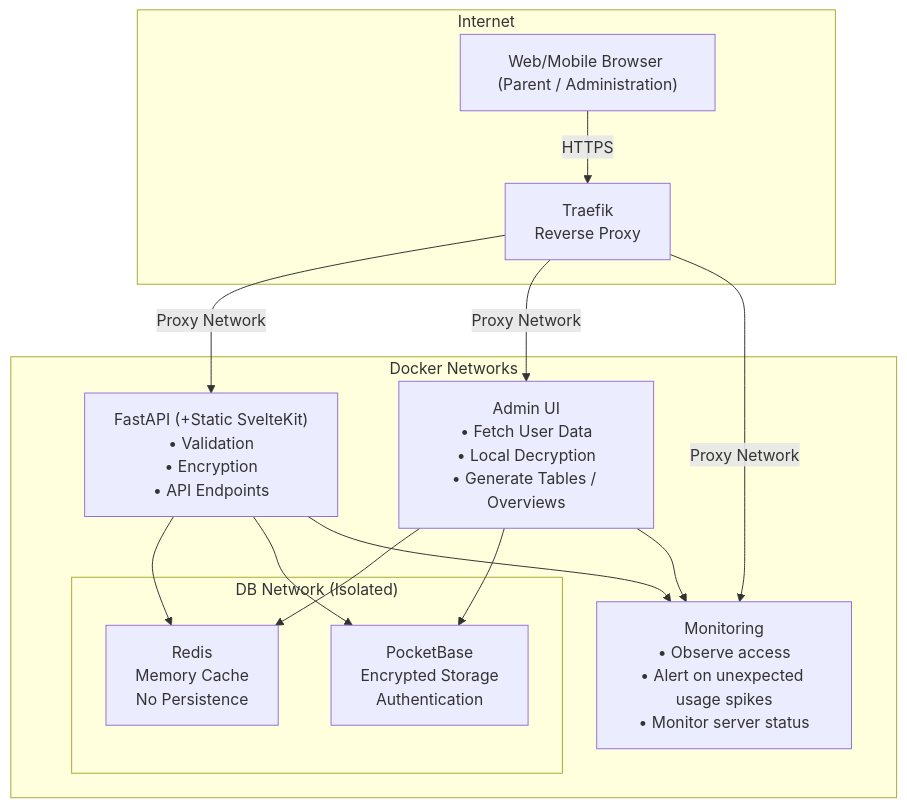
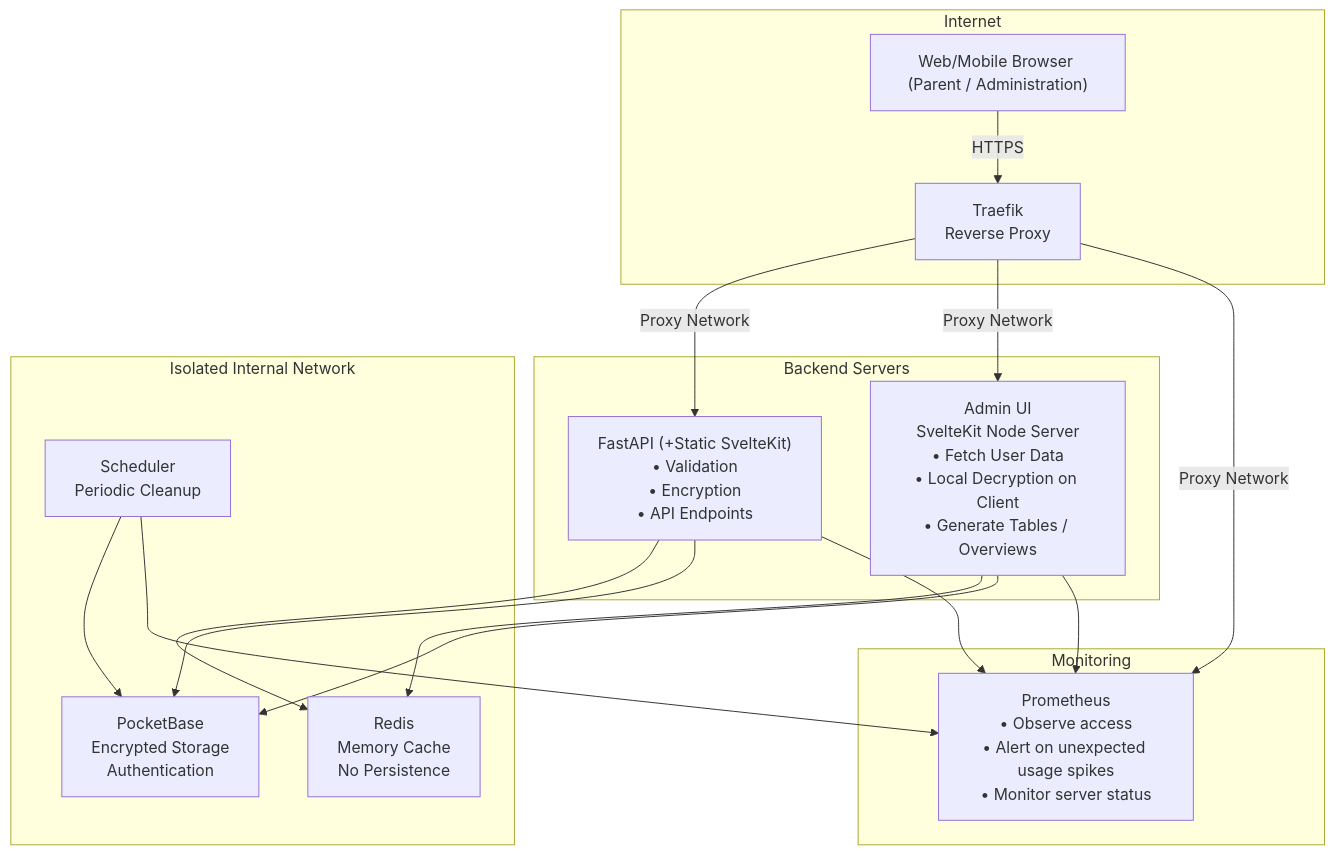
One commit to DomiDre/kigaprio changed the first of 2 diagrams in ARCHITECTURE.md. Above: the diagram before and after it, drawn with Mermaid. The commit also changed 25 other files, not shown here.

````diff
--- a/ARCHITECTURE.md
+++ b/ARCHITECTURE.md
@@ -31,28 +31,36 @@
 ```mermaid
 graph TB
     subgraph Internet
         Client["Web/Mobile Browser (Parent / Administration)"]
         Traefik["Traefik<br/>Reverse Proxy"]
     end
 
-    subgraph Docker["Docker Networks"]
+    subgraph Docker["Backend Servers"]
         Backend["FastAPI (+Static SvelteKit)<br/>• Validation<br/>• Encryption<br/>• API Endpoints"]
-        Admin["Admin UI<br/>• Fetch User Data<br/>• Local Decryption<br/>• Generate Tables / Overviews"]
-        Prometheus["Monitoring<br/>• Observe access<br/>• Alert on unexpected usage spikes<br/>• Monitor server status"]
-        subgraph InternalNet["DB Network (Isolated)"]
-            Redis["Redis<br/>Memory Cache<br/>No Persistence"]
-            PocketBase["PocketBase<br/>Encrypted Storage<br/>Authentication"]
-        end
+        Admin["Admin UI<br/>SvelteKit Node Server<br/>• Fetch User Data<br/>• Local Decryption on Client<br/>• Generate Tables / Overviews"]
+        
+    end
+
+    subgraph Monitoring
+        Prometheus["Prometheus<br/>• Observe access<br/>• Alert on unexpected usage spikes<br/>• Monitor server status"]
+
+    end
+    subgraph InternalNet["Isolated Internal Network"]
+        Redis["Redis<br/>Memory Cache<br/>No Persistence"]
+        PocketBase["PocketBase<br/>Encrypted Storage<br/>Authentication"]
+        Cleanup["Scheduler<br/>Periodic Cleanup"]
     end
 
     Client -->|HTTPS| Traefik
     Traefik -->|Proxy Network| Backend
     Traefik -->|Proxy Network| Admin
     Traefik -->|Proxy Network| Prometheus
     Backend --> Redis
     Backend --> PocketBase
     Backend --> Prometheus
     Admin --> Redis
     Admin --> PocketBase
     Admin --> Prometheus
+    Cleanup --> PocketBase
+    Cleanup --> Prometheus
 ```
````
